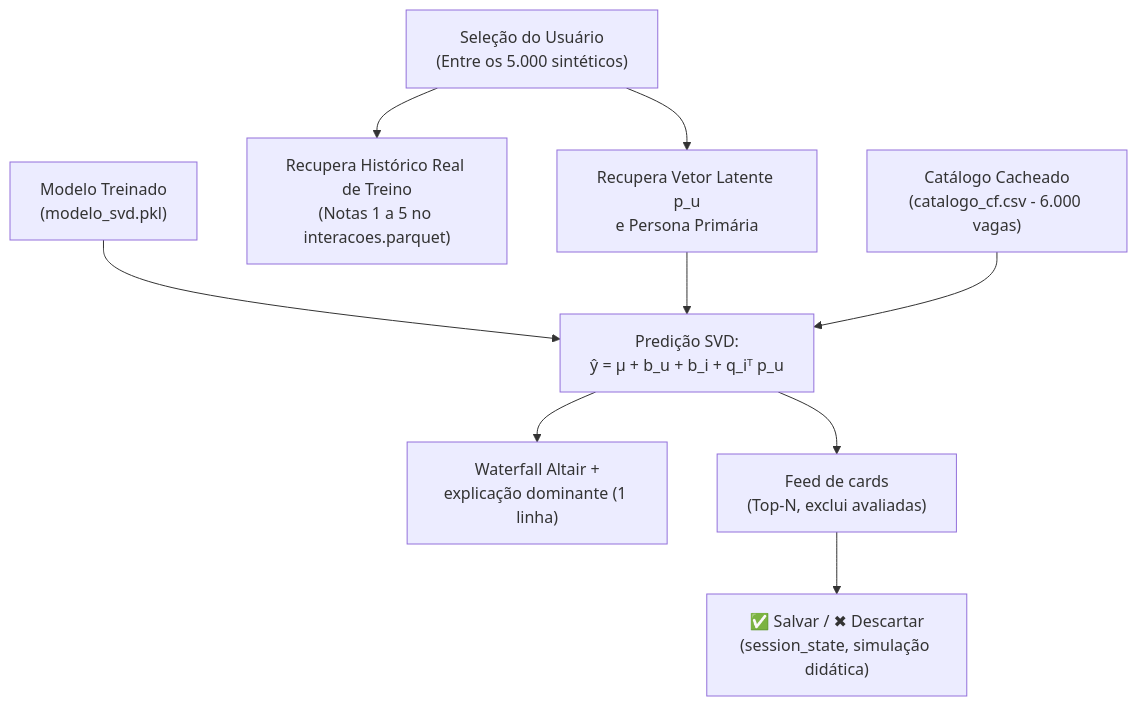
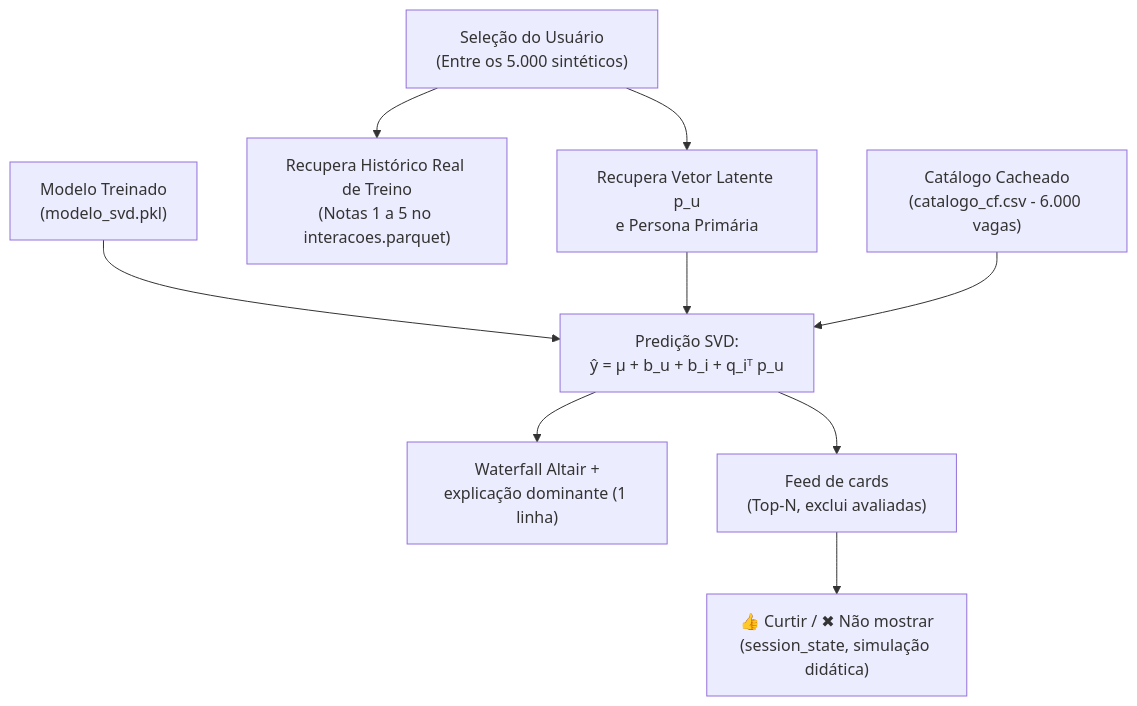
Before and after one commit to Matheus-Nardi/linkedin-RecSys: the third of 5 diagrams in docs/arquitetura/fluxo_por_aba.md, drawn with Mermaid. The commit also changed other lines of this file and 3 other files, not shown here.

````diff
--- a/docs/arquitetura/fluxo_por_aba.md
+++ b/docs/arquitetura/fluxo_por_aba.md
@@ -102,11 +102,11 @@
   ```mermaid
   flowchart TD
       U["Seleção do Usuário\n(Entre os 5.000 sintéticos)"] --> P["Recupera Vetor Latente p_u\ne Persona Primária"]
       U --> H["Recupera Histórico Real de Treino\n(Notas 1 a 5 no interacoes.parquet)"]
       M["Modelo Treinado\n(modelo_svd.pkl)"] --> S["Predição SVD:\nŷ = μ + b_u + b_i + q_iᵀ p_u"]
       P --> S
       C["Catálogo Cacheado\n(catalogo_cf.csv - 6.000 vagas)"] --> S
       S --> E["Waterfall Altair +\nexplicação dominante (1 linha)"]
       S --> F["Feed de cards\n(Top-N, exclui avaliadas)"]
-      F --> FB["✅ Salvar / ✖ Descartar\n(session_state, simulação didática)"]
+      F --> FB["👍 Curtir / ✖ Não mostrar\n(session_state, simulação didática)"]
   ```
````
